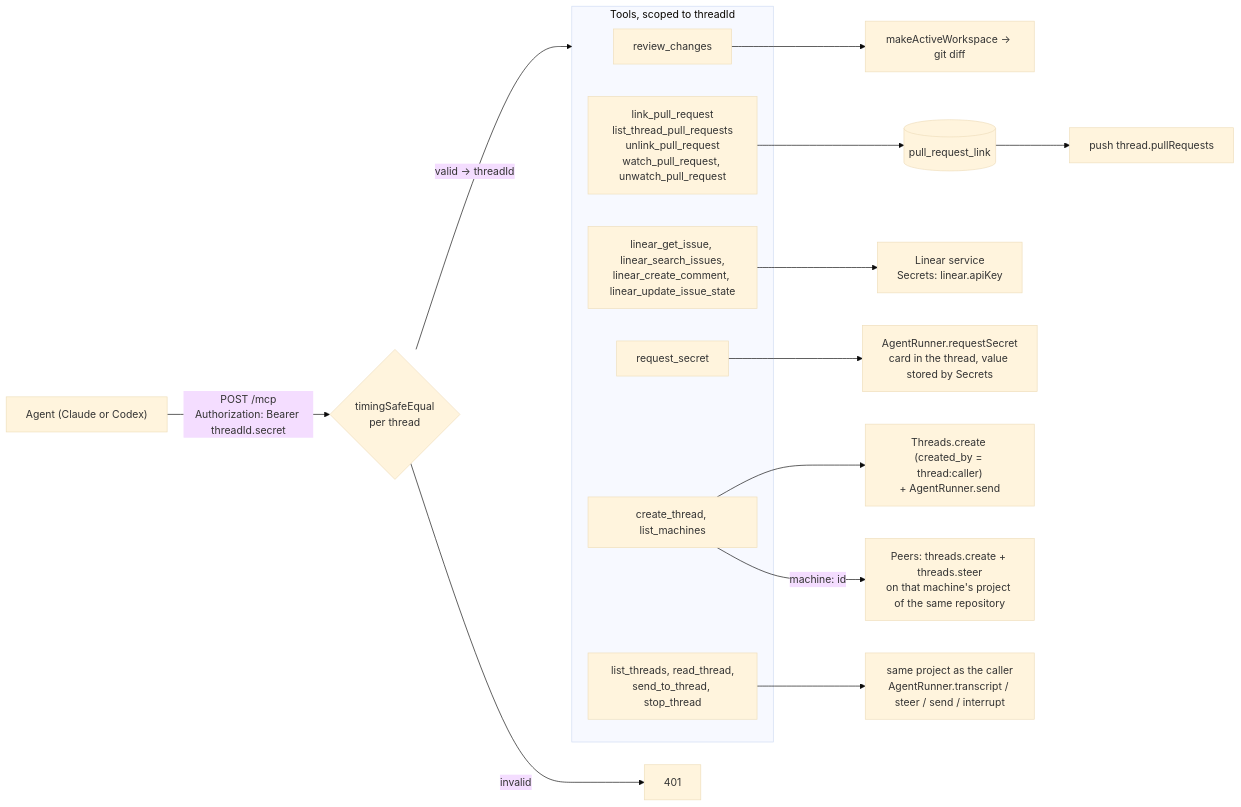
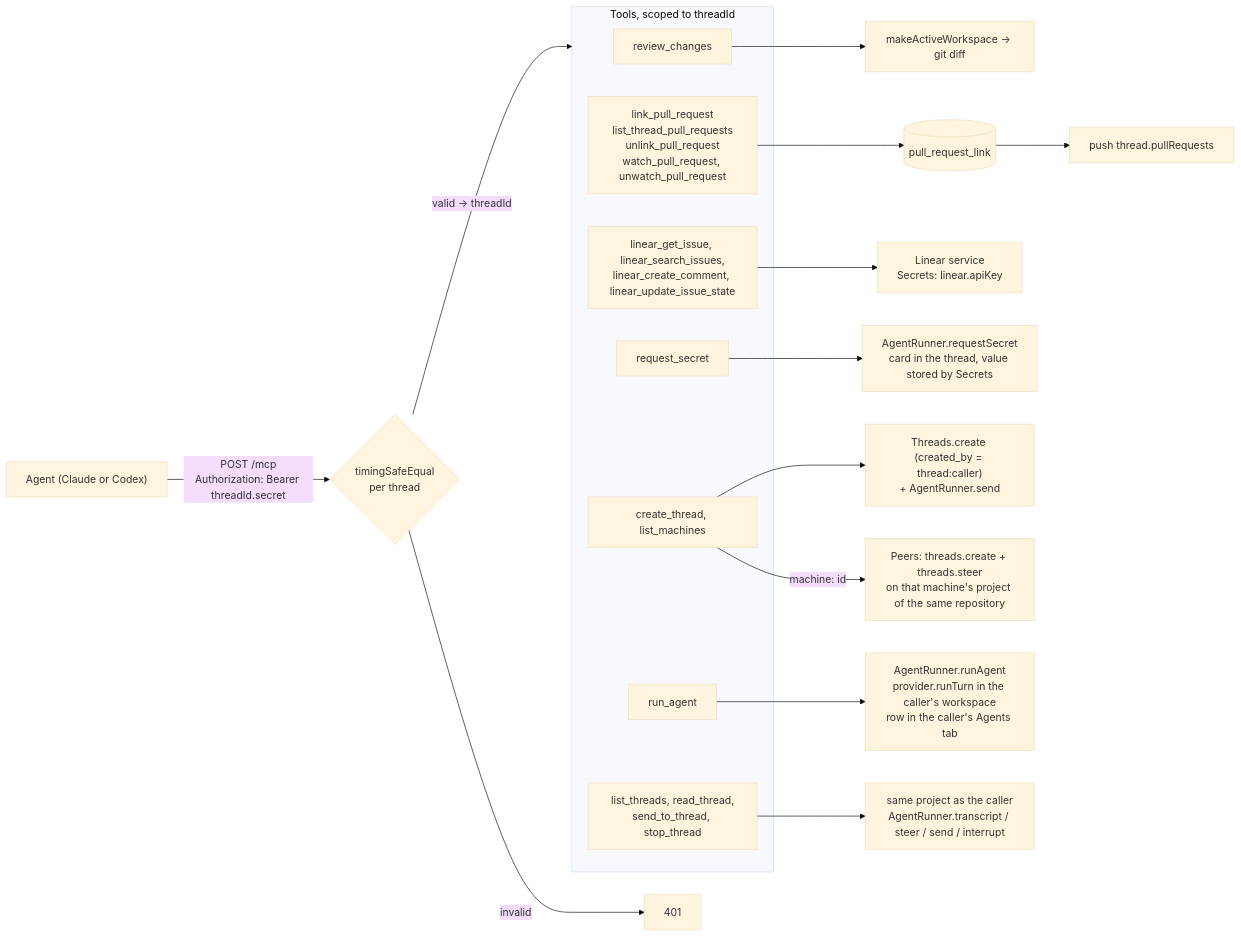
One commit to hinadev-ai/hinacode changed diagram 15 of 17 in docs/arch.md. Above: the diagram before and after it, drawn with Mermaid (base theme). The commit also changed other lines of this file and 13 other files, not shown here.

First line of the commit message:
feat(mcp): run sub-agents on other providers with run_agent

````diff
--- a/docs/arch.md
+++ b/docs/arch.md
@@ -553,21 +553,23 @@
 ```mermaid
 flowchart LR
   agent["Agent (Claude or Codex)"] -- "POST /mcp<br/>Authorization: Bearer threadId.secret" --> auth{"timingSafeEqual<br/>per thread"}
   auth -- "valid → threadId" --> tools
   auth -- invalid --> deny["401"]
   subgraph tools["Tools, scoped to threadId"]
     review["review_changes"]
     prs["link_pull_request<br/>list_thread_pull_requests<br/>unlink_pull_request<br/>watch_pull_request, unwatch_pull_request"]
     linear["linear_get_issue, linear_search_issues,<br/>linear_create_comment, linear_update_issue_state"]
     secret["request_secret"]
     create["create_thread, list_machines"]
+    run["run_agent"]
     control["list_threads, read_thread,<br/>send_to_thread, stop_thread"]
   end
   review --> ws["makeActiveWorkspace → git diff"]
   prs --> db[("pull_request_link")] --> push["push thread.pullRequests"]
   linear --> apikey["Linear service<br/>Secrets: linear.apiKey"]
   secret --> runner["AgentRunner.requestSecret<br/>card in the thread, value stored by Secrets"]
   create --> threads["Threads.create (created_by = thread:caller)<br/>+ AgentRunner.send"]
   create -- "machine: id" --> peers["Peers: threads.create + threads.steer<br/>on that machine's project of the same repository"]
+  run --> agentRun["AgentRunner.runAgent<br/>provider.runTurn in the caller's workspace<br/>row in the caller's Agents tab"]
   control --> scope["same project as the caller<br/>AgentRunner.transcript / steer / send / interrupt"]
 ```
````
